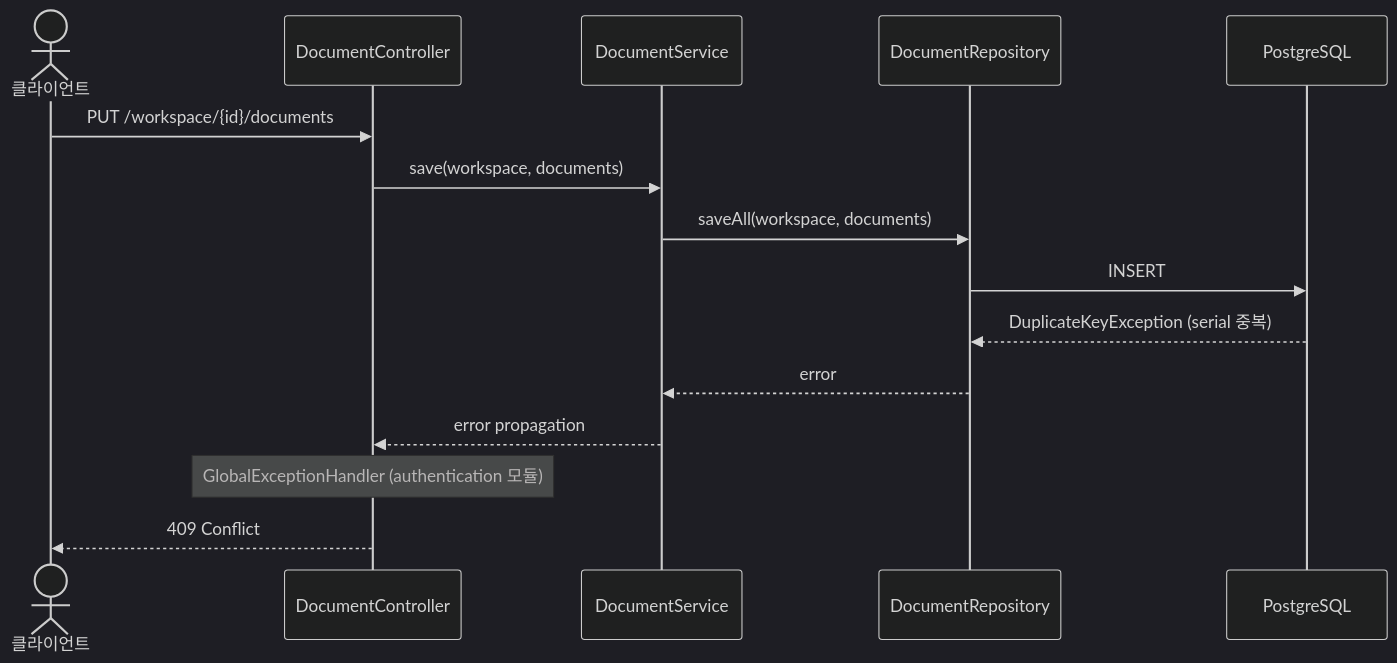
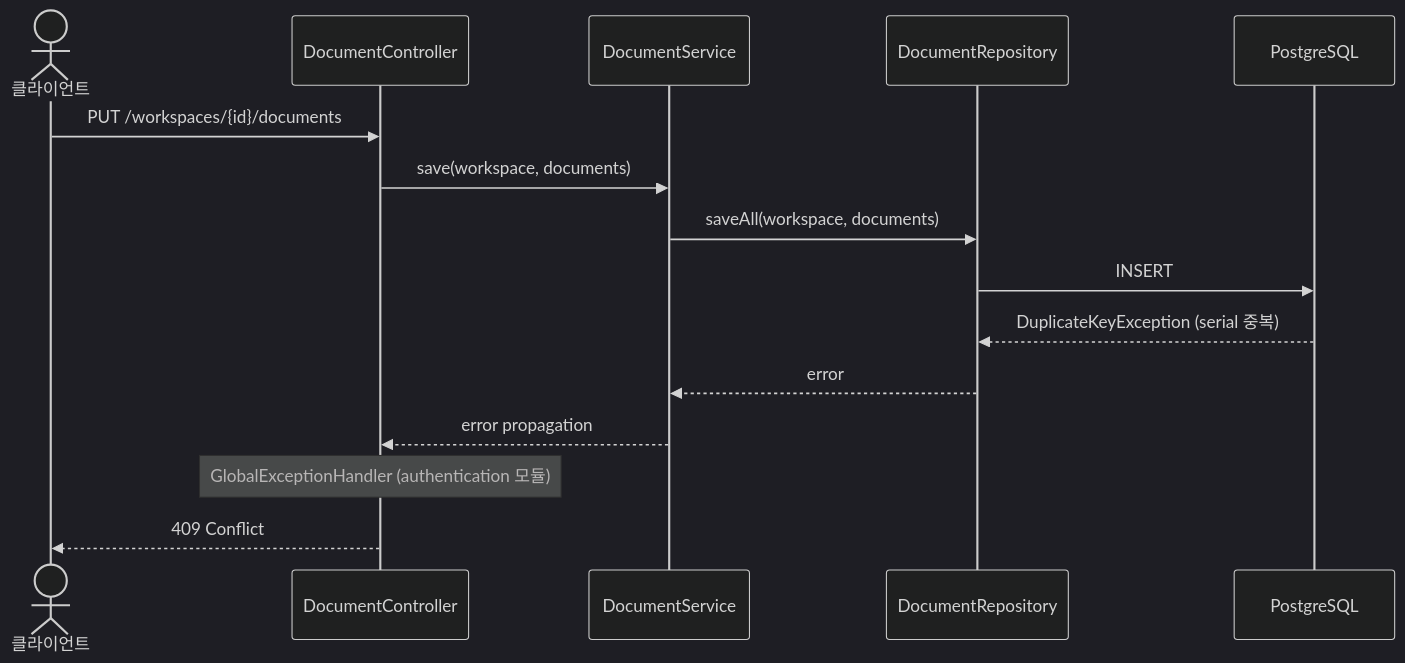
The third of 6 diagrams in document-command/USECASE.md (sayaya1090/handbook), drawn with Mermaid (dark theme) before and after one commit. The commit also changed other lines of this file and 58 other files, not shown here.

````diff
--- a/document-command/USECASE.md
+++ b/document-command/USECASE.md
@@ -64,18 +64,18 @@
 ```mermaid
 sequenceDiagram
     actor Client as 클라이언트
     participant Ctrl as DocumentController
     participant Svc as DocumentService
     participant Repo as DocumentRepository
     participant DB as PostgreSQL
 
-    Client->>Ctrl: PUT /workspace/{id}/documents
+    Client->>Ctrl: PUT /workspaces/{id}/documents
     Ctrl->>Svc: save(workspace, documents)
     Svc->>Repo: saveAll(workspace, documents)
     Repo->>DB: INSERT
     DB-->>Repo: DuplicateKeyException (serial 중복)
     Repo-->>Svc: error
     Svc-->>Ctrl: error propagation
     Note over Ctrl: GlobalExceptionHandler (authentication 모듈)
     Ctrl-->>Client: 409 Conflict
 ```
````
